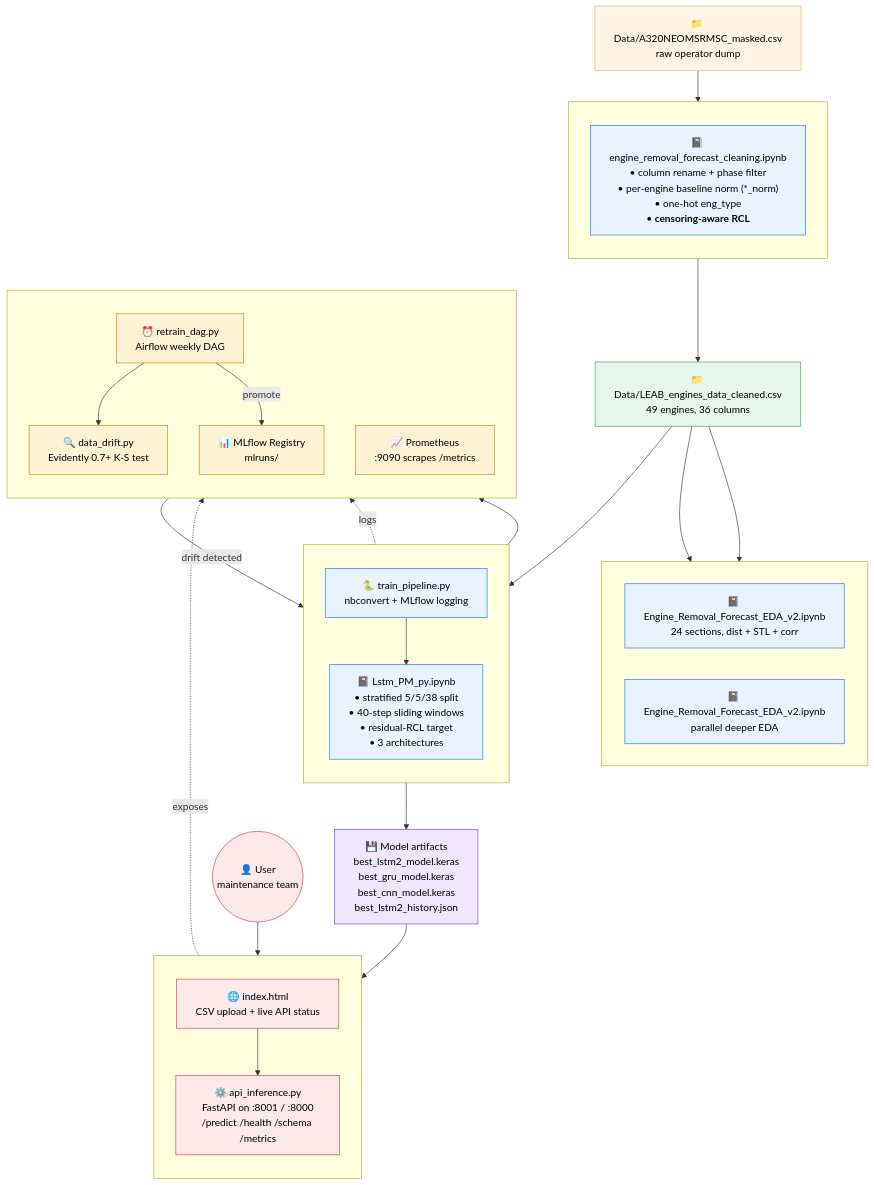
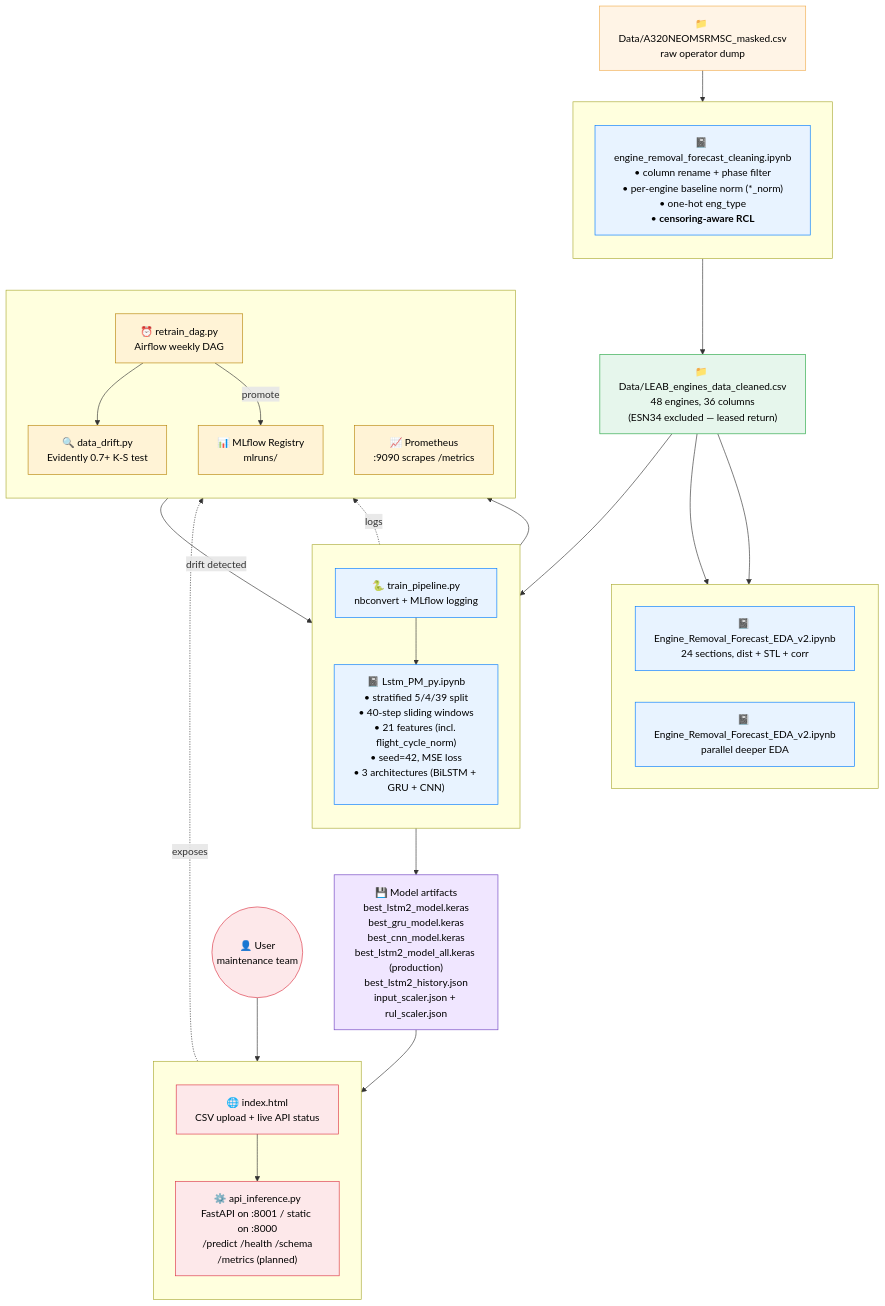
The first of 6 diagrams in FLOWCHARTS.md (mhassan18015/Aircraft-Engine-Removal-Forecast), drawn with Mermaid before and after one commit. The commit also changed other lines of this file and 6 other files, not shown here.

````diff
--- a/FLOWCHARTS.md
+++ b/FLOWCHARTS.md
@@ -19,65 +19,65 @@
 ```mermaid
 flowchart TD
     classDef rawData fill:#fff4e6,stroke:#f0ad4e,color:#000
     classDef cleanedData fill:#e6f6ec,stroke:#28a745,color:#000
     classDef notebook fill:#e8f3ff,stroke:#007BFF,color:#000
     classDef artifact fill:#f0e6ff,stroke:#6f42c1,color:#000
     classDef service fill:#fde8ea,stroke:#dc3545,color:#000
     classDef mlops fill:#fff3d6,stroke:#b8860b,color:#000
 
     Raw["📁 Data/A320NEOMSRMSC_masked.csv<br/>raw operator dump"]:::rawData
 
     subgraph DataPrep [" "]
         direction TB
         Clean["📓 engine_removal_forecast_cleaning.ipynb<br/>• column rename + phase filter<br/>• per-engine baseline norm (*_norm)<br/>• one-hot eng_type<br/>• <b>censoring-aware RCL</b>"]:::notebook
     end
 
-    Cleaned["📁 Data/LEAB_engines_data_cleaned.csv<br/>49 engines, 36 columns"]:::cleanedData
+    Cleaned["📁 Data/LEAB_engines_data_cleaned.csv<br/>48 engines, 36 columns<br/>(ESN34 excluded — leased return)"]:::cleanedData
 
     subgraph Analysis [" "]
         direction LR
         EDA["📓 Engine_Removal_Forecast_EDA_v2.ipynb<br/>24 sections, dist + STL + corr"]:::notebook
         ERF["📓 Engine_Removal_Forecast_EDA_v2.ipynb<br/>parallel deeper EDA"]:::notebook
     end
 
     subgraph Training [" "]
         direction TB
-        LSTM["📓 Lstm_PM_py.ipynb<br/>• stratified 5/5/38 split<br/>• 40-step sliding windows<br/>• residual-RCL target<br/>• 3 architectures"]:::notebook
+        LSTM["📓 Lstm_PM_py.ipynb<br/>• stratified 5/4/39 split<br/>• 40-step sliding windows<br/>• 21 features (incl. flight_cycle_norm)<br/>• seed=42, MSE loss<br/>• 3 architectures (BiLSTM + GRU + CNN)"]:::notebook
         Wrapper["🐍 train_pipeline.py<br/>nbconvert + MLflow logging"]:::notebook
     end
 
-    Models["💾 Model artifacts<br/>best_lstm2_model.keras<br/>best_gru_model.keras<br/>best_cnn_model.keras<br/>best_lstm2_history.json"]:::artifact
+    Models["💾 Model artifacts<br/>best_lstm2_model.keras<br/>best_gru_model.keras<br/>best_cnn_model.keras<br/>best_lstm2_model_all.keras (production)<br/>best_lstm2_history.json<br/>input_scaler.json + rul_scaler.json"]:::artifact
 
     subgraph Serving [" "]
         direction TB
-        API["⚙️ api_inference.py<br/>FastAPI on :8001 / :8000<br/>/predict /health /schema /metrics"]:::service
+        API["⚙️ api_inference.py<br/>FastAPI on :8001 / static on :8000<br/>/predict /health /schema<br/>/metrics (planned)"]:::service
         Frontend["🌐 index.html<br/>CSV upload + live API status"]:::service
     end
 
     User(("👤 User<br/>maintenance team")):::service
 
     subgraph MLOps [" "]
         direction TB
         Drift["🔍 data_drift.py<br/>Evidently 0.7+ K-S test"]:::mlops
         DAG["⏰ retrain_dag.py<br/>Airflow weekly DAG"]:::mlops
         Registry["📊 MLflow Registry<br/>mlruns/"]:::mlops
         Prom["📈 Prometheus<br/>:9090 scrapes /metrics"]:::mlops
     end
 
     Raw --> Clean
     Clean --> Cleaned
     Cleaned --> EDA
     Cleaned --> ERF
     Cleaned --> LSTM
     LSTM --> Models
     Wrapper --> LSTM
     Wrapper -.logs.-> Registry
     Models --> API
     Frontend --> API
     User --> Frontend
     API -.exposes.-> Prom
     DAG --> Drift
     Drift -- "drift detected" --> Wrapper
     Wrapper --> Registry
     DAG -- "promote" --> Registry
 ```
````
